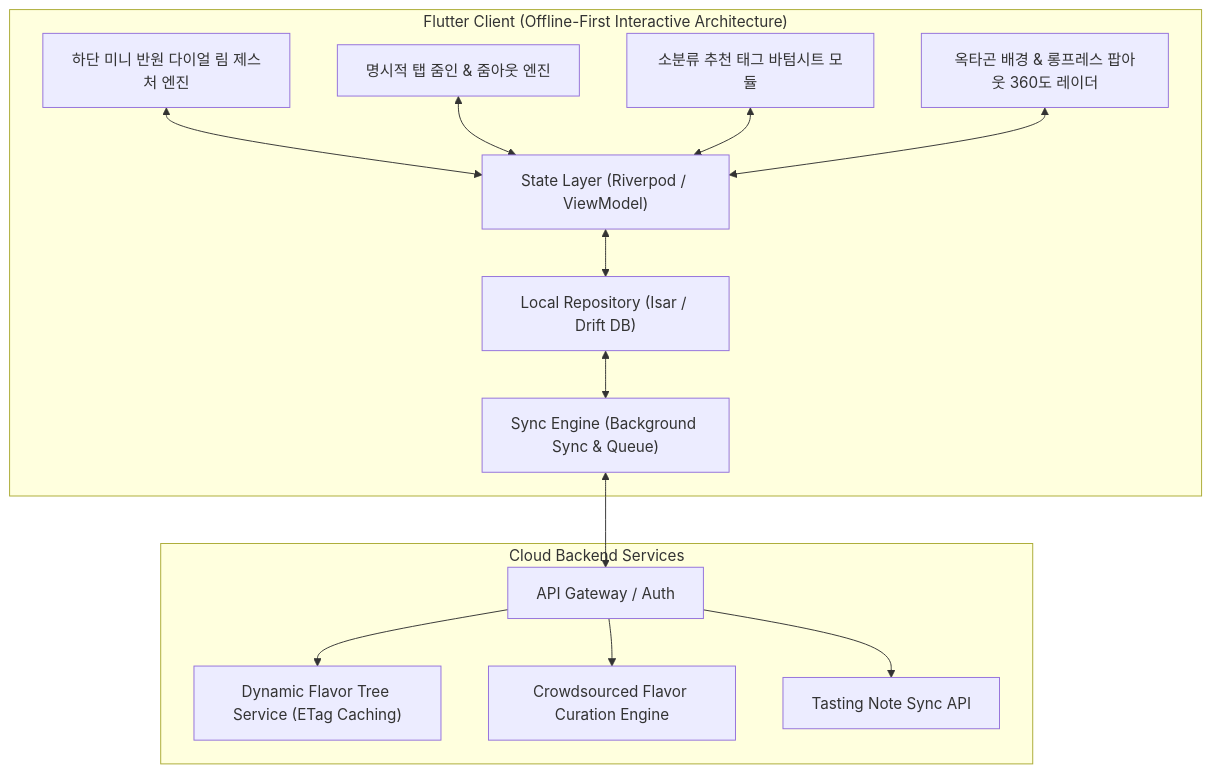
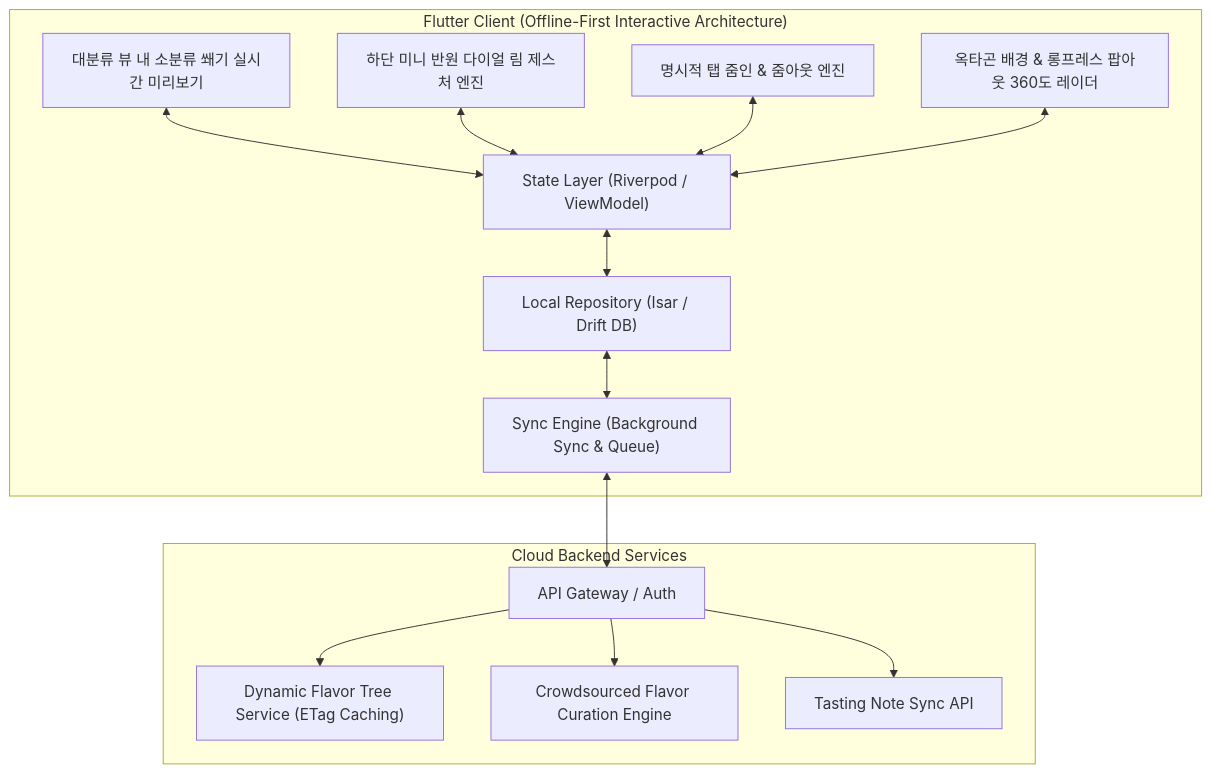
One commit to chanhooop/FlavorWheel changed the diagram in README.md. Above: the diagram before and after it, drawn with Mermaid. The commit also changed other lines of this file and 1 other file, not shown here.

Commit message:
feat: 대분류 점수 선택 화면에서 기입된 소분류 쐐기 영역 실시간 미리보기 렌더링 구현

````diff
--- a/README.md
+++ b/README.md
@@ -74,32 +74,32 @@
 ```mermaid
 graph TB
     subgraph Client ["Flutter Client (Offline-First Interactive Architecture)"]
+        InWheelPreviewEngine["대분류 뷰 내 소분류 쐐기 실시간 미리보기"]
         MiniDialEngine["하단 미니 반원 다이얼 림 제스처 엔진"]
         TapZoomEngine["명시적 탭 줌인 & 줌아웃 엔진"]
-        TagSheetEngine["소분류 추천 태그 바텀시트 모듈"]
         OctagonRadarEngine["옥타곤 배경 & 롱프레스 팝아웃 360도 레이더"]
 
         State["State Layer (Riverpod / ViewModel)"]
         SyncEngine["Sync Engine (Background Sync & Queue)"]
         LocalRepository["Local Repository (Isar / Drift DB)"]
 
+        InWheelPreviewEngine <--> State
         MiniDialEngine <--> State
         TapZoomEngine <--> State
-        TagSheetEngine <--> State
         OctagonRadarEngine <--> State
         State <--> LocalRepository
         LocalRepository <--> SyncEngine
     end
 
     subgraph RemoteBackend ["Cloud Backend Services"]
         Gateway["API Gateway / Auth"]
         TreeService["Dynamic Flavor Tree Service (ETag Caching)"]
         CurationService["Crowdsourced Flavor Curation Engine"]
         NoteService["Tasting Note Sync API"]
     end
 
     SyncEngine <--> Gateway
     Gateway --> TreeService
     Gateway --> CurationService
     Gateway --> NoteService
 ```
````
